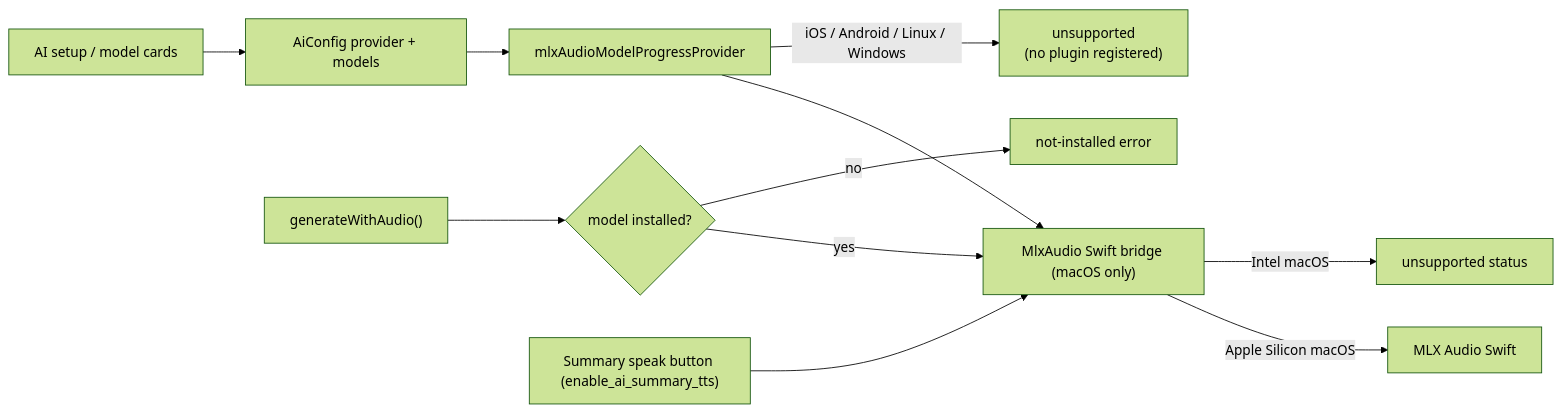
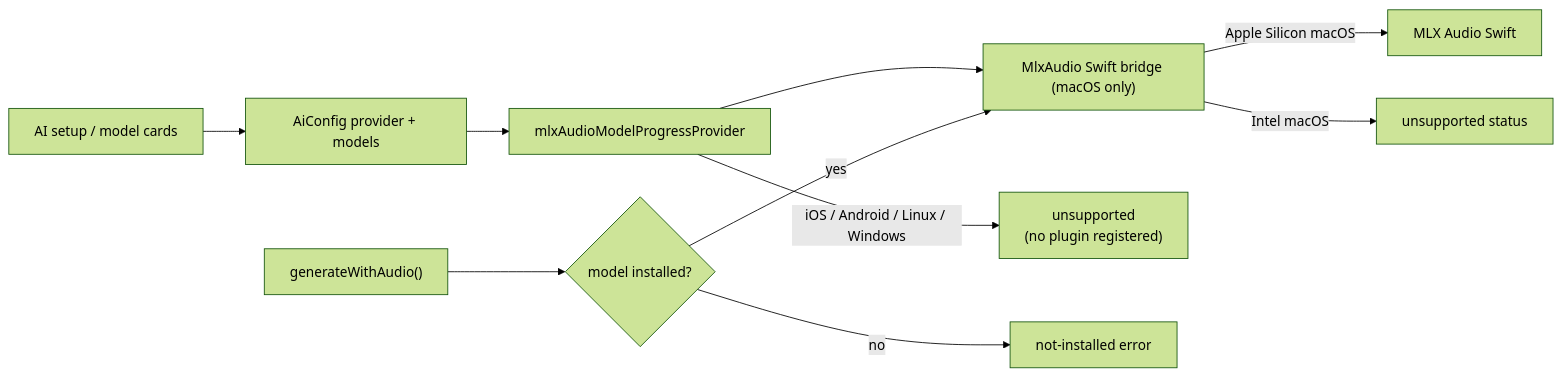
Before and after one commit to matthiasn/lotti: the fourth of 4 diagrams in knowledge/features/ai/provider-routing.md, drawn with Mermaid (forest theme). The commit also changed other lines of this file and 45 other files, not shown here.

````diff
--- a/knowledge/features/ai/provider-routing.md
+++ b/knowledge/features/ai/provider-routing.md
@@ -324,13 +324,12 @@
 ```mermaid
 flowchart LR
   UI["AI setup / model cards"] --> Config["AiConfig provider + models"]
   Config --> Progress["mlxAudioModelProgressProvider"]
   Progress --> Native["MlxAudio Swift bridge (macOS only)"]
   Native -->|Apple Silicon macOS| MLX["MLX Audio Swift"]
   Native -->|Intel macOS| Unsupported["unsupported status"]
   Progress -->|iOS / Android / Linux / Windows| NoPlugin["unsupported<br/>(no plugin registered)"]
   Audio["generateWithAudio()"] --> Installed{"model installed?"}
   Installed -->|yes| Native
   Installed -->|no| Missing["not-installed error"]
-  Summary["Summary speak button (enable_ai_summary_tts)"] --> Native
 ```
````
